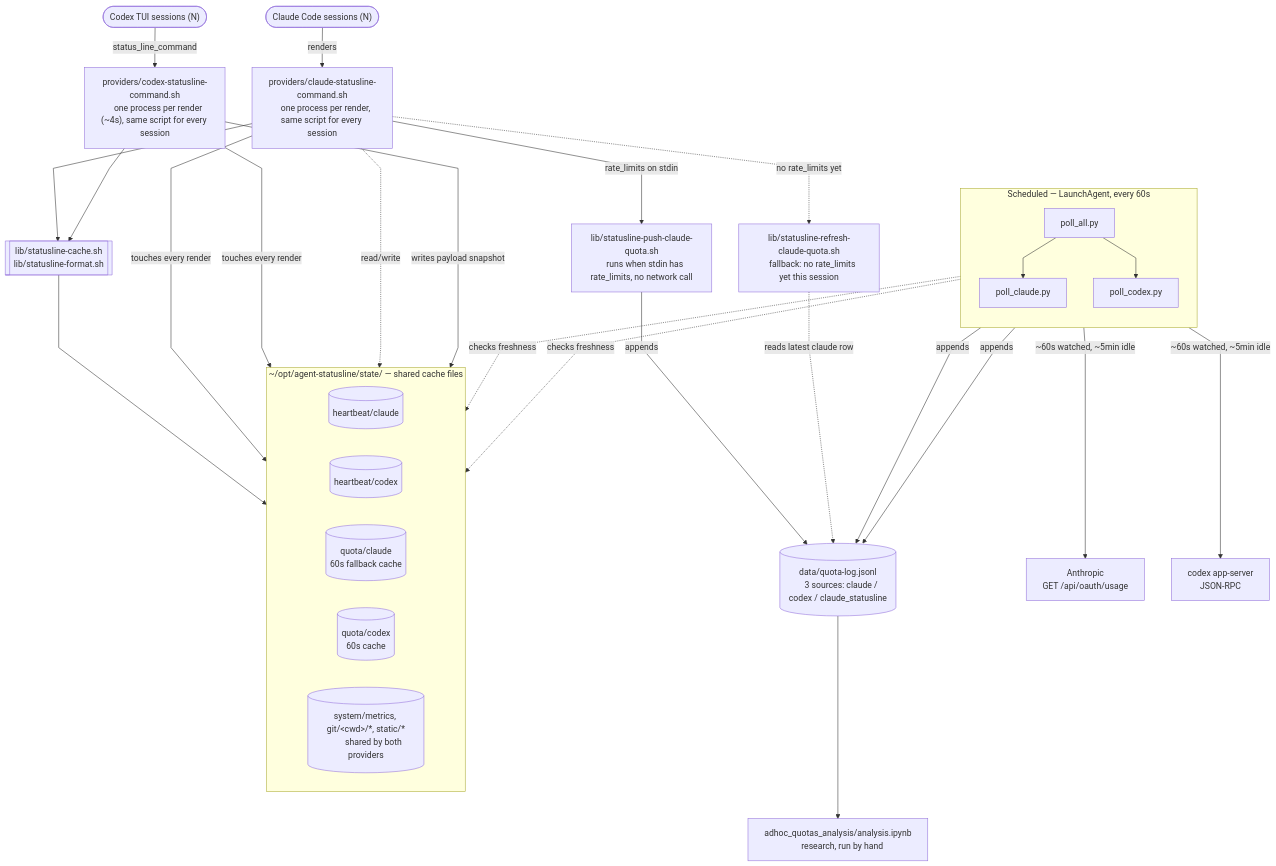
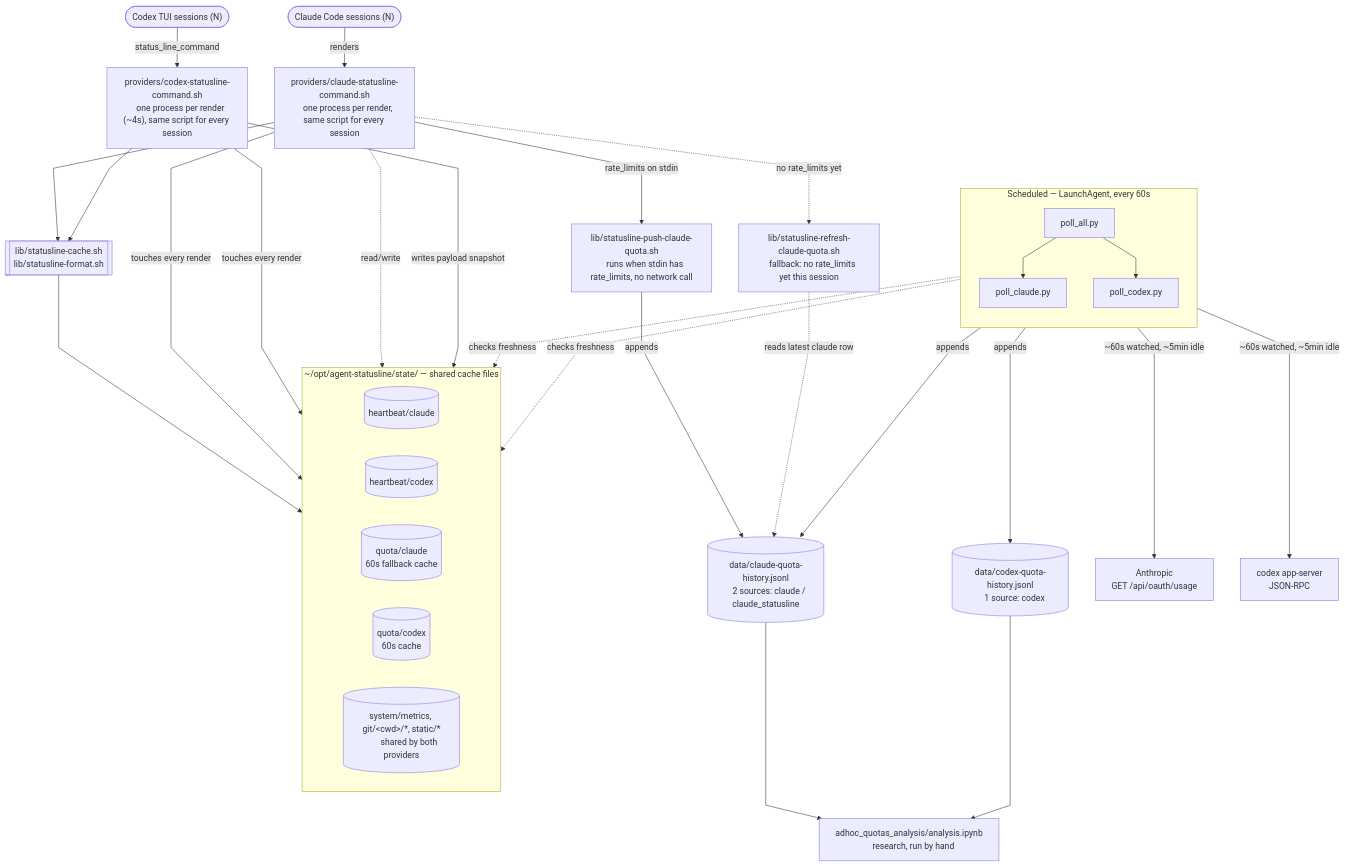
The diagram in README.md (JeanLescutMuller/agent-statusline), drawn with Mermaid before and after one commit. The commit also changed other lines of this file and 14 other files, not shown here.

````diff
--- a/README.md
+++ b/README.md
@@ -51,77 +51,80 @@
 ```mermaid
 %%{init: {"flowchart": {"curve": "linear"}}}%%
 flowchart TB
     claudeS(["Claude Code sessions (N)"])
     codexS(["Codex TUI sessions (N)"])
 
     provclaude["providers/claude-statusline-command.sh
     one process per render, same script for every session"]
     provcodex["providers/codex-statusline-command.sh
     one process per render (~4s), same script for every session"]
 
     sharedlib[["lib/statusline-cache.sh
     lib/statusline-format.sh"]]
 
     subgraph state["~/opt/agent-statusline/state/ — shared cache files"]
         direction LR
         hbC[("heartbeat/claude")]
         hbX[("heartbeat/codex")]
         ccC[("quota/claude
         60s fallback cache")]
         ccX[("quota/codex
         60s cache")]
         ccOther[("system/metrics, git/&lt;cwd&gt;/*, static/*
         shared by both providers")]
     end
 
     pushscript["lib/statusline-push-claude-quota.sh
     runs when stdin has rate_limits, no network call"]
     refreshscript["lib/statusline-refresh-claude-quota.sh
     fallback: no rate_limits yet this session"]
 
-    sharedlog[("data/quota-log.jsonl
-    3 sources: claude / codex / claude_statusline")]
+    claudelog[("data/claude-quota-history.jsonl
+    2 sources: claude / claude_statusline")]
+    codexlog[("data/codex-quota-history.jsonl
+    1 source: codex")]
 
     subgraph pollers["Scheduled — LaunchAgent, every 60s"]
         direction TB
         pollall["poll_all.py"]
         pollclaude["poll_claude.py"]
         pollcodex["poll_codex.py"]
     end
 
     anthropicusage["Anthropic
     GET /api/oauth/usage"]
     codexrpc["codex app-server
     JSON-RPC"]
     notebook["adhoc_quotas_analysis/analysis.ipynb
     research, run by hand"]
 
     claudeS -->|renders| provclaude
     codexS -->|"status_line_command"| provcodex
 
     provclaude --> sharedlib
     provcodex --> sharedlib
     sharedlib --> ccOther
 
     provclaude -->|touches every render| hbC
     provcodex -->|touches every render| hbX
 
     provclaude -->|"rate_limits on stdin"| pushscript
-    pushscript -->|appends| sharedlog
+    pushscript -->|appends| claudelog
     provclaude -.->|"no rate_limits yet"| refreshscript
-    refreshscript -.->|reads latest claude row| sharedlog
+    refreshscript -.->|reads latest claude row| claudelog
     provclaude -.->|read/write| ccC
 
     provcodex -->|writes payload snapshot| ccX
 
     pollall --> pollclaude
     pollall --> pollcodex
     pollclaude -.->|checks freshness| hbC
     pollclaude -->|"~60s watched, ~5min idle"| anthropicusage
-    pollclaude -->|appends| sharedlog
+    pollclaude -->|appends| claudelog
     pollcodex -.->|checks freshness| hbX
     pollcodex -->|"~60s watched, ~5min idle"| codexrpc
-    pollcodex -->|appends| sharedlog
+    pollcodex -->|appends| codexlog
 
-    sharedlog --> notebook
+    claudelog --> notebook
+    codexlog --> notebook
 ```
````
